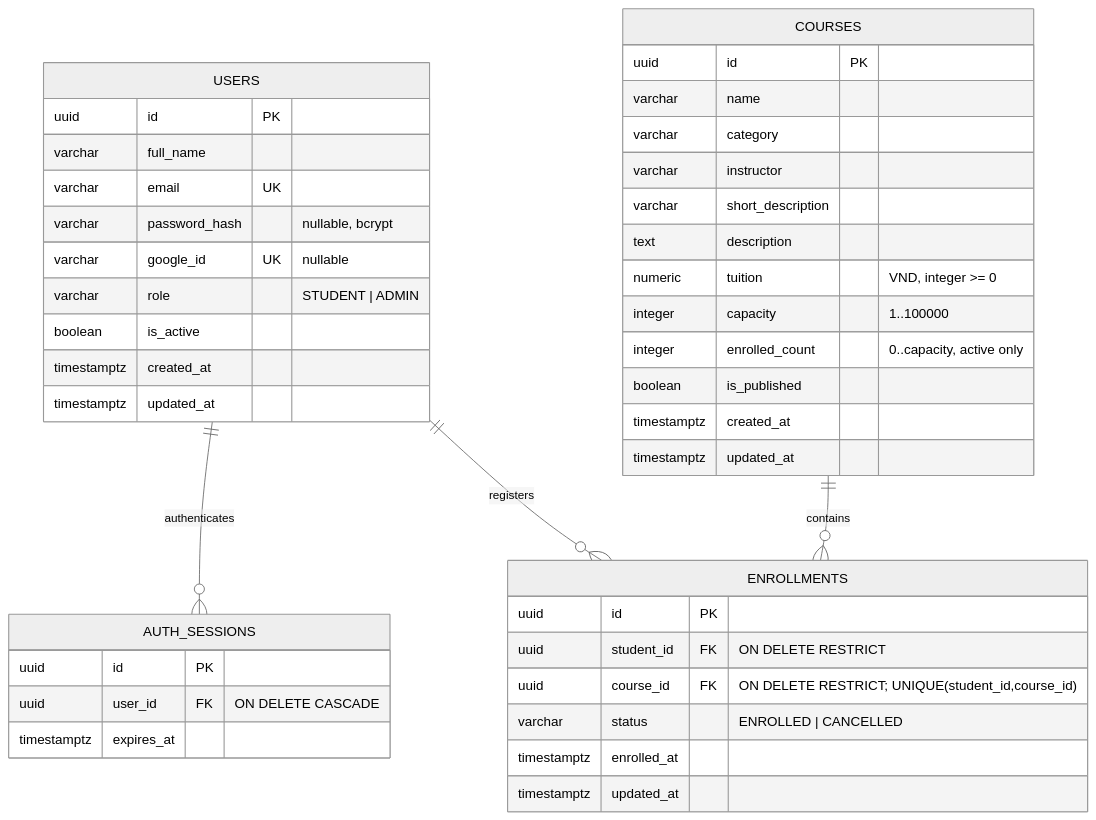
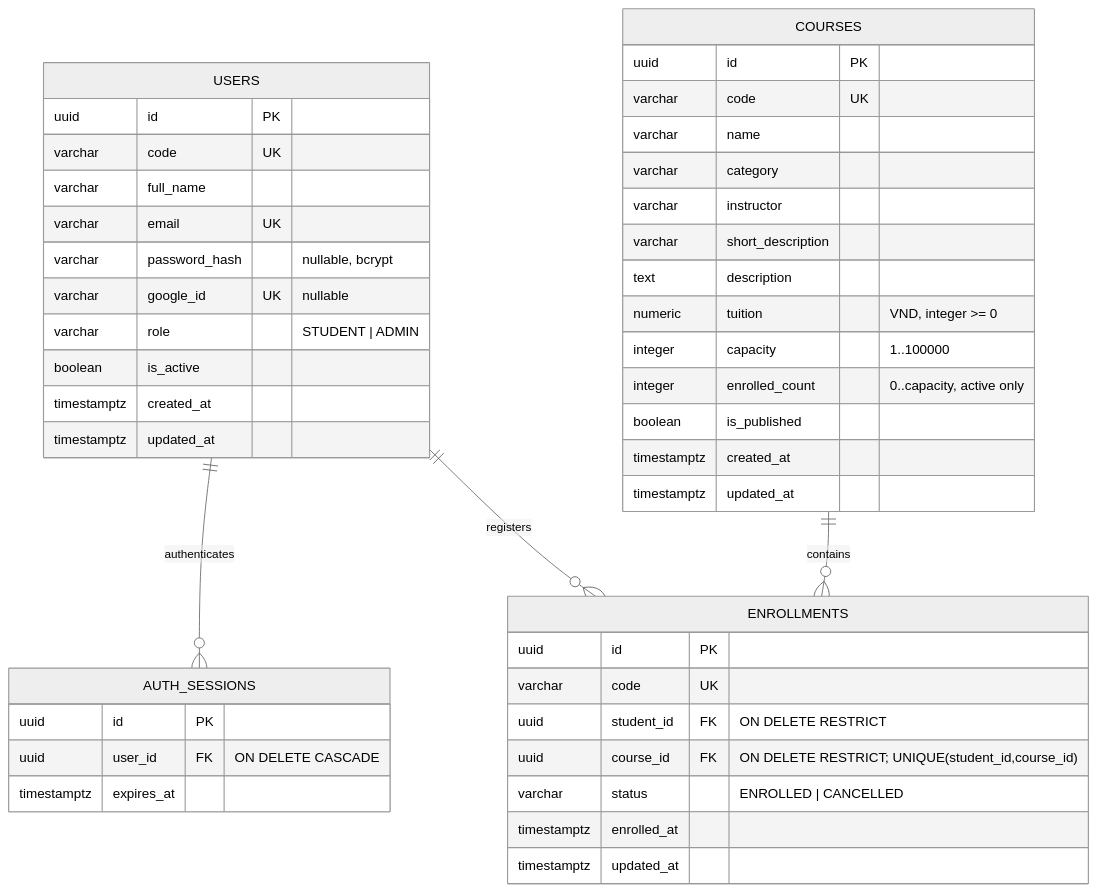
Before and after one commit to tam1ttam/pks-test: the diagram in docs/erd.mmd, drawn with Mermaid (neutral theme). The commit also changed 75 other files, not shown here.

```diff
--- a/docs/erd.mmd
+++ b/docs/erd.mmd
@@ -1,42 +1,45 @@
 erDiagram
     USERS ||--o{ AUTH_SESSIONS : authenticates
     USERS ||--o{ ENROLLMENTS : registers
     COURSES ||--o{ ENROLLMENTS : contains
     USERS {
         uuid id PK
+        varchar code UK
         varchar full_name
         varchar email UK
         varchar password_hash "nullable, bcrypt"
         varchar google_id UK "nullable"
         varchar role "STUDENT | ADMIN"
         boolean is_active
         timestamptz created_at
         timestamptz updated_at
     }
     AUTH_SESSIONS {
         uuid id PK
         uuid user_id FK "ON DELETE CASCADE"
         timestamptz expires_at
     }
     COURSES {
         uuid id PK
+        varchar code UK
         varchar name
         varchar category
         varchar instructor
         varchar short_description
         text description
         numeric tuition "VND, integer >= 0"
         integer capacity "1..100000"
         integer enrolled_count "0..capacity, active only"
         boolean is_published
         timestamptz created_at
         timestamptz updated_at
     }
     ENROLLMENTS {
         uuid id PK
+        varchar code UK
         uuid student_id FK "ON DELETE RESTRICT"
         uuid course_id FK "ON DELETE RESTRICT; UNIQUE(student_id,course_id)"
         varchar status "ENROLLED | CANCELLED"
         timestamptz enrolled_at
         timestamptz updated_at
     }
```
